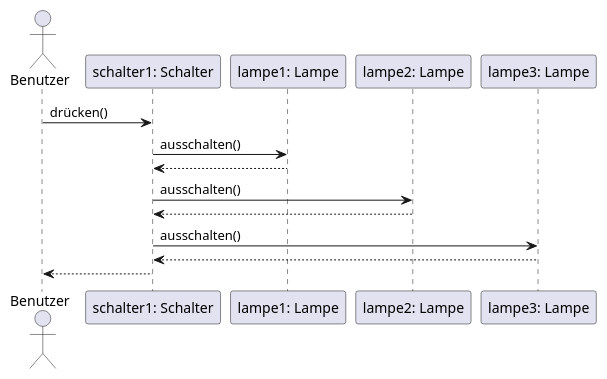
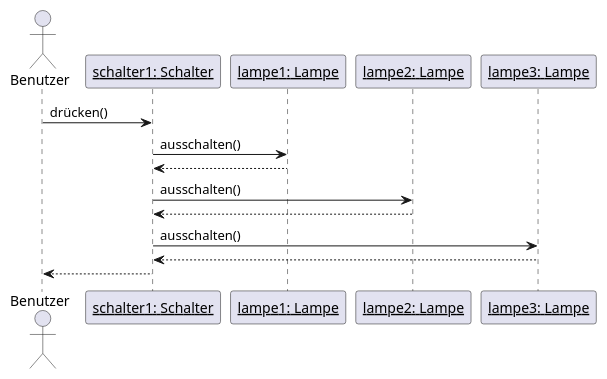
Before and after one commit to andrebauer/unterricht: the second of 8 diagrams in docs/anwendungsentwicklung/oop-java-einstieg/information-objektorientierte-analyse.adoc, drawn with PlantUML. The commit also changed other lines of this file and 14 other files, not shown here.

```diff
--- a/docs/anwendungsentwicklung/oop-java-einstieg/information-objektorientierte-analyse.adoc
+++ b/docs/anwendungsentwicklung/oop-java-einstieg/information-objektorientierte-analyse.adoc
@@ -111,17 +111,17 @@
 [plantuml, {prefix}-sequenzdiagramm-2, svg]
 ....
 actor Benutzer
 
-Benutzer -> "schalter1: Schalter" as schalter1: drücken()
+Benutzer -> "<u>schalter1: Schalter</u>" as schalter1: drücken()
 
-schalter1 -> "lampe1: Lampe" as lampe1: ausschalten()
+schalter1 -> "<u>lampe1: Lampe</u>" as lampe1: ausschalten()
 lampe1 --> schalter1
 
-schalter1 -> "lampe2: Lampe" as lampe2: ausschalten()
+schalter1 -> "<u>lampe2: Lampe</u>" as lampe2: ausschalten()
 lampe2 --> schalter1
 
-schalter1 -> "lampe3: Lampe" as lampe3: ausschalten()
+schalter1 -> "<u>lampe3: Lampe</u>" as lampe3: ausschalten()
 lampe3 --> schalter1
 
 schalter1 --> Benutzer
 ....
```
